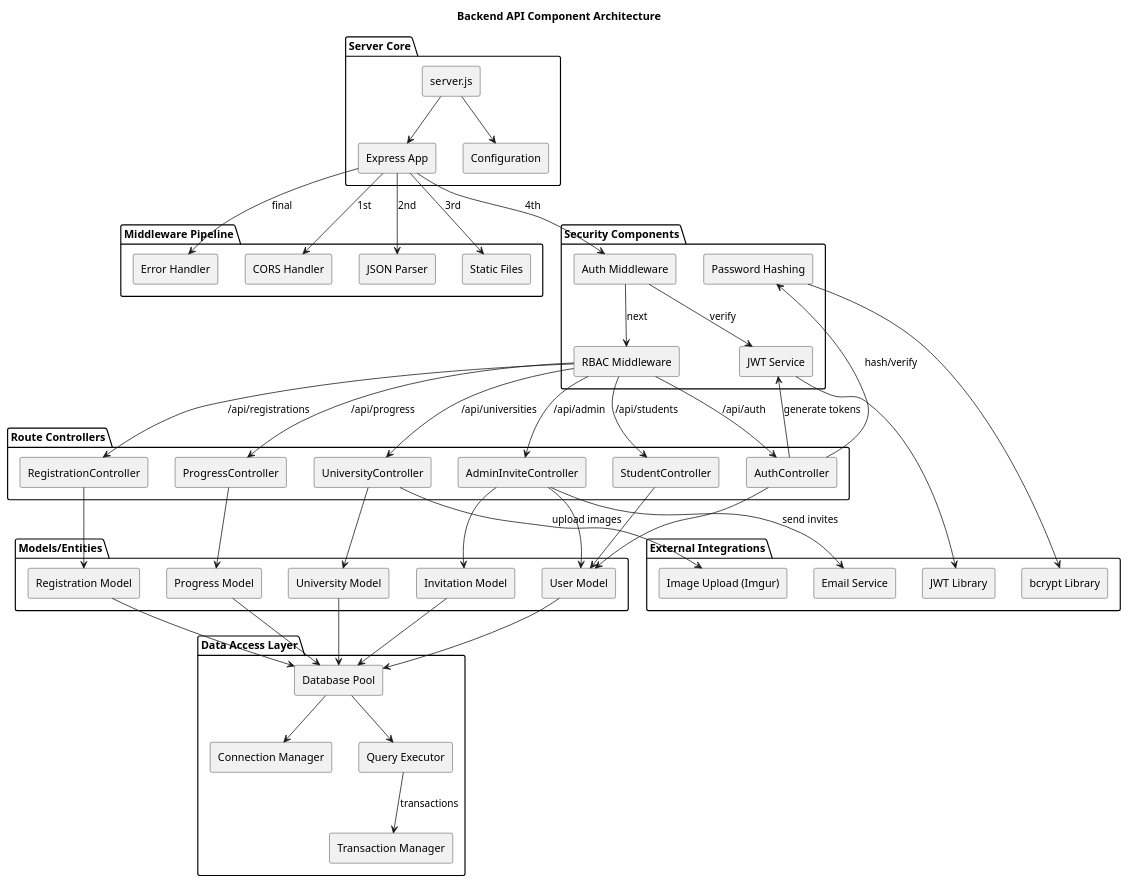
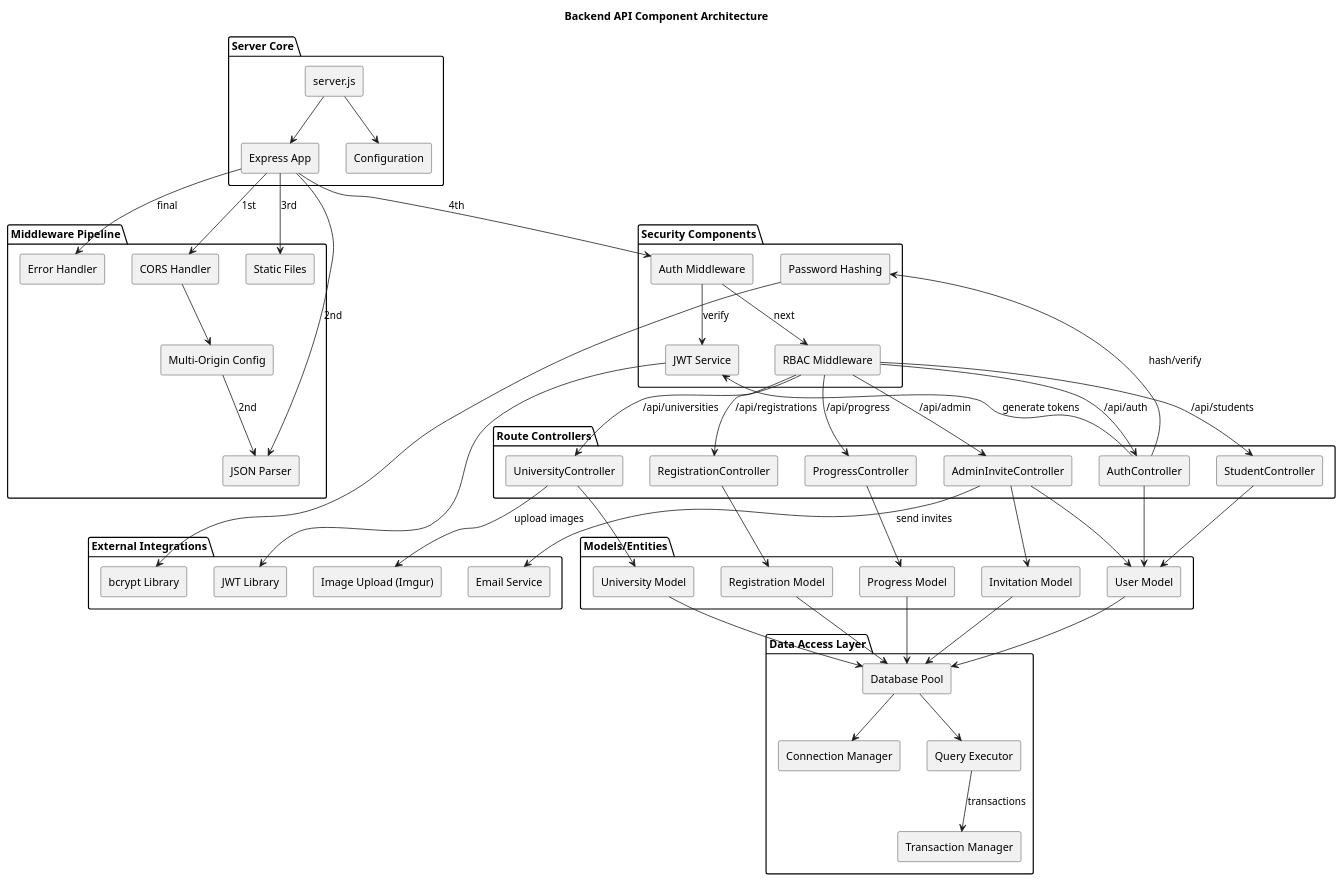
The third of 3 diagrams in docs/diagrams/COMPONENT_DIAGRAMS.puml (GitPab/project), drawn with PlantUML before and after one commit. The commit also changed 61 other files, not shown here.

```diff
--- a/docs/diagrams/COMPONENT_DIAGRAMS.puml
+++ b/docs/diagrams/COMPONENT_DIAGRAMS.puml
@@ -269,104 +269,107 @@
 @startuml Component_BackendArchitecture
 skinparam componentStyle rectangle
 
 title Backend API Component Architecture
 
 package "Server Core" {
     [server.js] as Server
     [Express App] as Express
     [Configuration] as Config
 }
 
 package "Middleware Pipeline" {
     [CORS Handler] as CORS
+    [Multi-Origin Config] as MultiOrigin
     [JSON Parser] as JSONParser
     [Static Files] as Static
     [Error Handler] as ErrorHandler
 }
 
 package "Security Components" {
     [Auth Middleware] as AuthMiddleware
     [RBAC Middleware] as RBACMiddleware
     [Password Hashing] as PasswordHash
     [JWT Service] as JWTService
 }
 
 package "Route Controllers" {
     [AuthController] as AuthCtrl
     [UniversityController] as UnivCtrl
     [RegistrationController] as RegCtrl
     [StudentController] as StudentCtrl
     [AdminInviteController] as InviteCtrl
     [ProgressController] as ProgressCtrl
 }
 
 package "Data Access Layer" {
     [Database Pool] as DBPool
     [Connection Manager] as ConnMgr
     [Query Executor] as QueryExec
     [Transaction Manager] as TransMgr
 }
 
 package "External Integrations" {
     [Email Service] as EmailSvc
     [Image Upload (Imgur)] as ImgurSvc
     [JWT Library] as JWTLib
     [bcrypt Library] as bcrypt
 }
 
 package "Models/Entities" {
     [User Model] as UserModel
     [University Model] as UnivModel
     [Registration Model] as RegModel
     [Invitation Model] as InviteModel
     [Progress Model] as ProgressModel
 }
 
 ' Data flow
 Server --> Express
 Server --> Config
 
 Express --> CORS : 1st
+CORS --> MultiOrigin
+MultiOrigin --> JSONParser : 2nd
 Express --> JSONParser : 2nd
 Express --> Static : 3rd
 Express --> AuthMiddleware : 4th
 
 AuthMiddleware --> JWTService : verify
 AuthMiddleware --> RBACMiddleware : next
 
 RBACMiddleware --> AuthCtrl : /api/auth
 RBACMiddleware --> UnivCtrl : /api/universities
 RBACMiddleware --> RegCtrl : /api/registrations
 RBACMiddleware --> StudentCtrl : /api/students
 RBACMiddleware --> InviteCtrl : /api/admin
 RBACMiddleware --> ProgressCtrl : /api/progress
 
 AuthCtrl --> UserModel
 UnivCtrl --> UnivModel
 RegCtrl --> RegModel
 StudentCtrl --> UserModel
 InviteCtrl --> UserModel
 InviteCtrl --> InviteModel
 ProgressCtrl --> ProgressModel
 
 UserModel --> DBPool
 UnivModel --> DBPool
 RegModel --> DBPool
 InviteModel --> DBPool
 ProgressModel --> DBPool
 
 DBPool --> ConnMgr
 DBPool --> QueryExec
 QueryExec --> TransMgr : transactions
 
 InviteCtrl --> EmailSvc : send invites
 UnivCtrl --> ImgurSvc : upload images
 AuthCtrl --> JWTService : generate tokens
 AuthCtrl --> PasswordHash : hash/verify
 
 JWTService --> JWTLib
 PasswordHash --> bcrypt
 
 Express --> ErrorHandler : final
 
 @enduml
```
